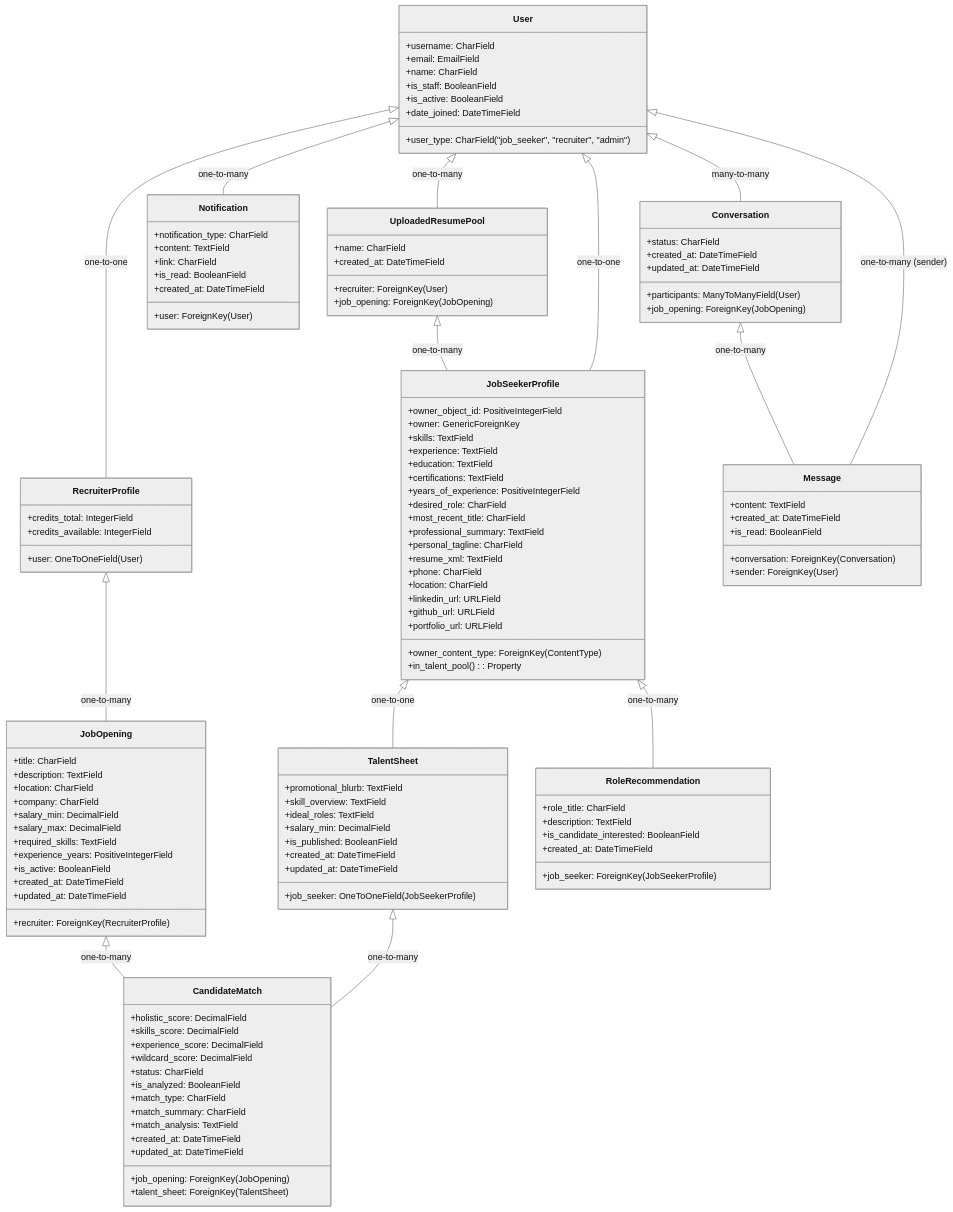
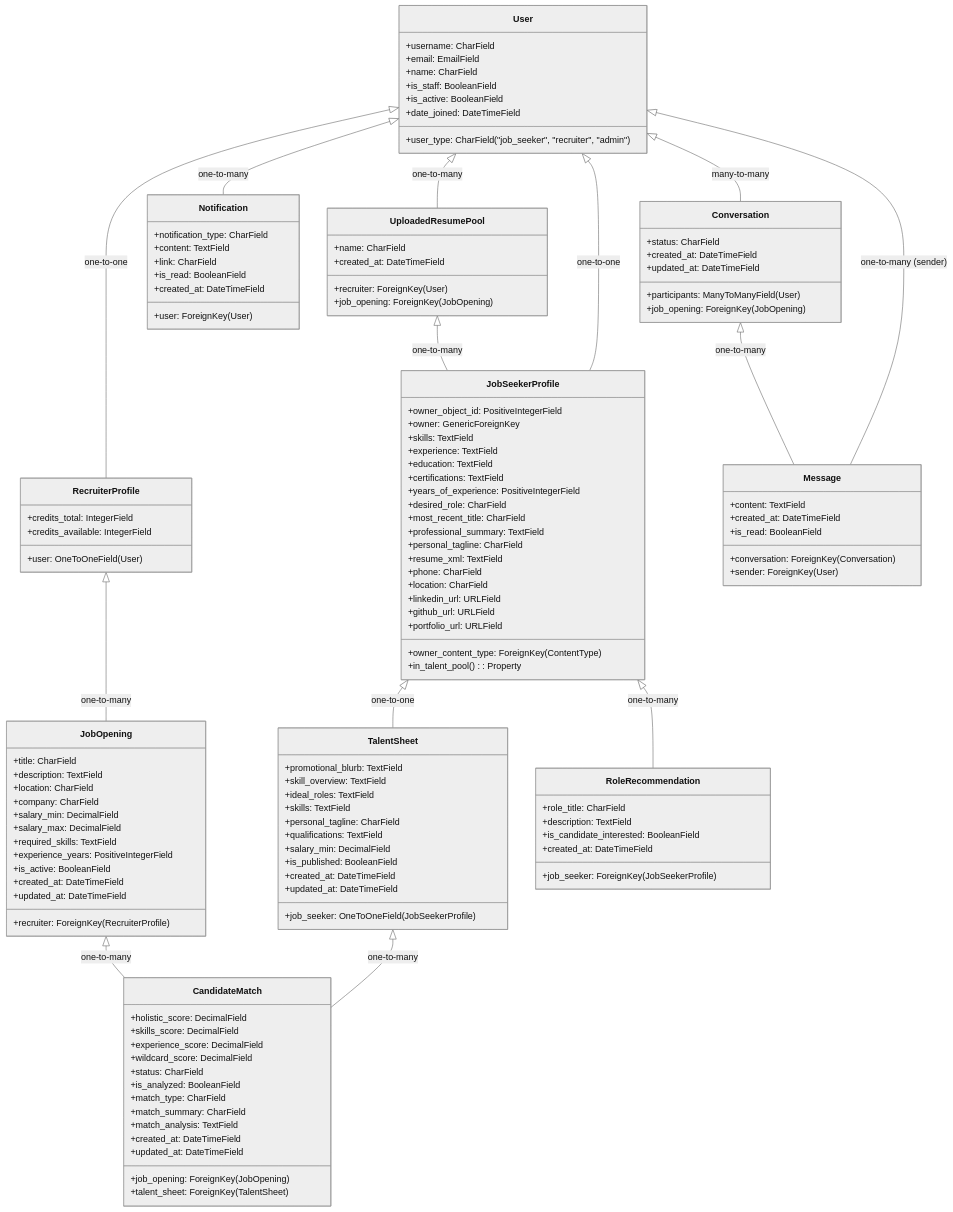
Before and after one commit to btfranklin/hiredar-saas-archive: the diagram in docs/MODELS.md, drawn with Mermaid (neutral theme). The commit also changed other lines of this file and 12 other files, not shown here.

Commit message:
Add qualifications field to TalentSheet model and implement backfill migration

```diff
--- a/docs/MODELS.md
+++ b/docs/MODELS.md
@@ -109,6 +109,9 @@
         +promotional_blurb: TextField
         +skill_overview: TextField
         +ideal_roles: TextField
+        +skills: TextField
+        +personal_tagline: CharField
+        +qualifications: TextField
         +salary_min: DecimalField
         +is_published: BooleanField
         +created_at: DateTimeField
```
